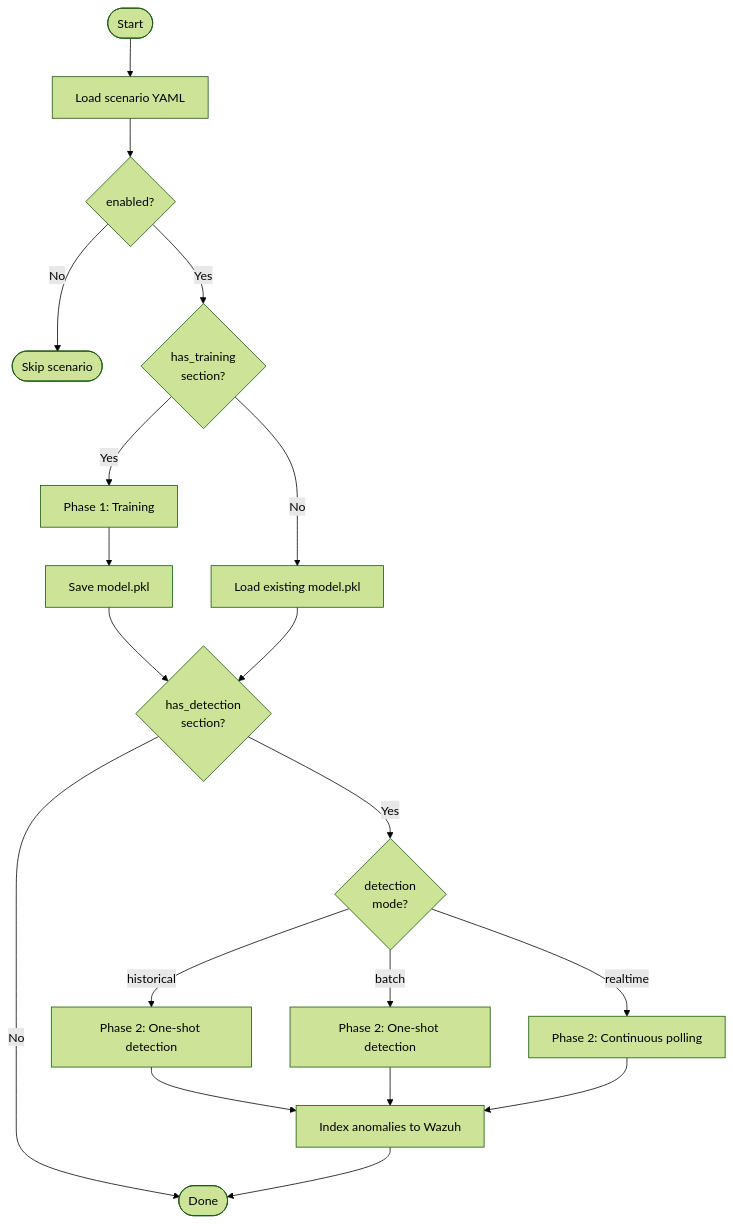
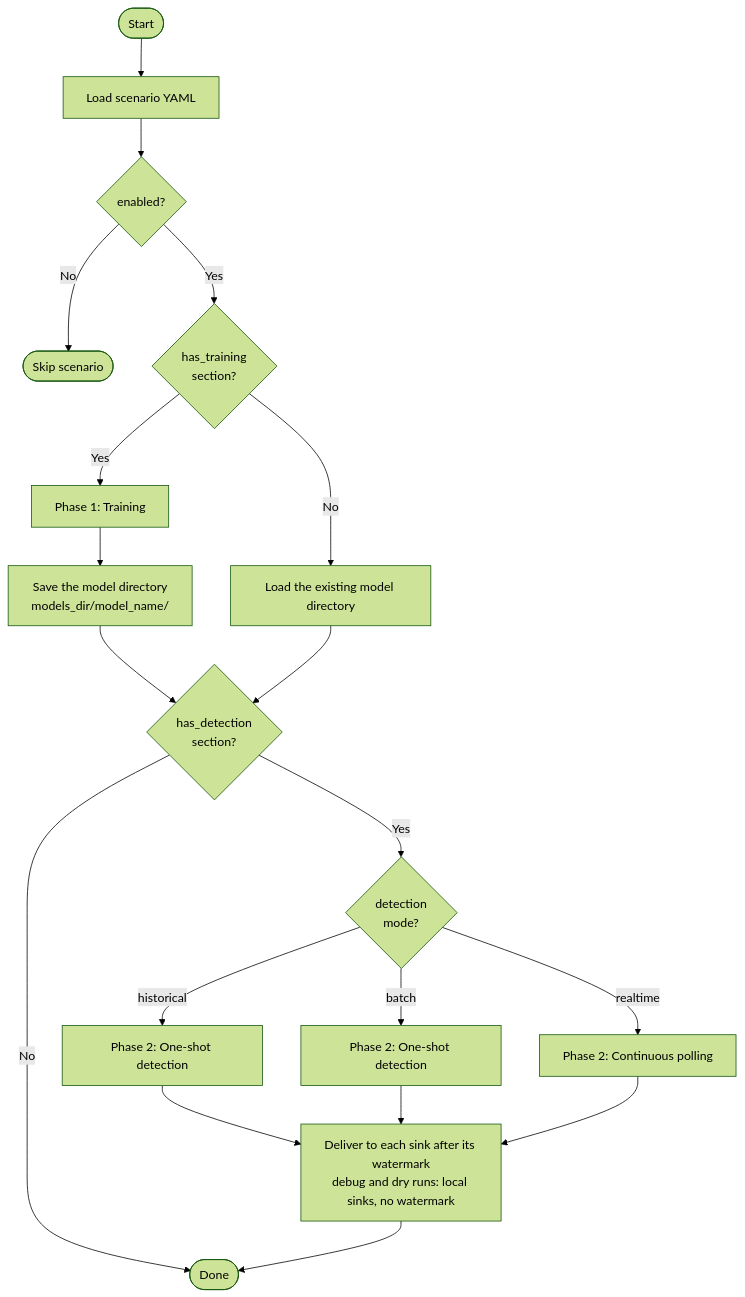
One commit to AbstractionsLab/idps-escape changed the fourth of 5 diagrams in docs/manual/sonar_docs/architecture.md. Above: the diagram before and after it, drawn with Mermaid (forest theme). The commit also changed other lines of this file and 682 other files, not shown here.

````diff
--- a/docs/manual/sonar_docs/architecture.md
+++ b/docs/manual/sonar_docs/architecture.md
@@ -411,26 +521,26 @@
 ```mermaid
 flowchart TD
     Start([Start]) --> Load[Load scenario YAML]
     Load --> CheckEnabled{enabled?}
     CheckEnabled -->|No| Skip([Skip scenario])
     CheckEnabled -->|Yes| CheckTraining{has_training<br/>section?}
     
     CheckTraining -->|Yes| Train[Phase 1: Training]
-    Train --> SaveModel[Save model.pkl]
+    Train --> SaveModel["Save the model directory<br/>models_dir/model_name/"]
     SaveModel --> CheckDetection{has_detection<br/>section?}
     
-    CheckTraining -->|No| LoadModel[Load existing model.pkl]
+    CheckTraining -->|No| LoadModel[Load the existing model directory]
     LoadModel --> CheckDetection
     
     CheckDetection -->|No| Done([Done])
     CheckDetection -->|Yes| GetMode{detection<br/>mode?}
     
     GetMode -->|historical| Historical[Phase 2: One-shot detection]
     GetMode -->|batch| Batch[Phase 2: One-shot detection]
     GetMode -->|realtime| Realtime[Phase 2: Continuous polling]
     
-    Historical --> Index[Index anomalies to Wazuh]
+    Historical --> Index[Deliver to each sink after its watermark<br/>debug and dry runs: local sinks, no watermark]
     Batch --> Index
     Realtime --> Index
     Index --> Done
 ```
````
